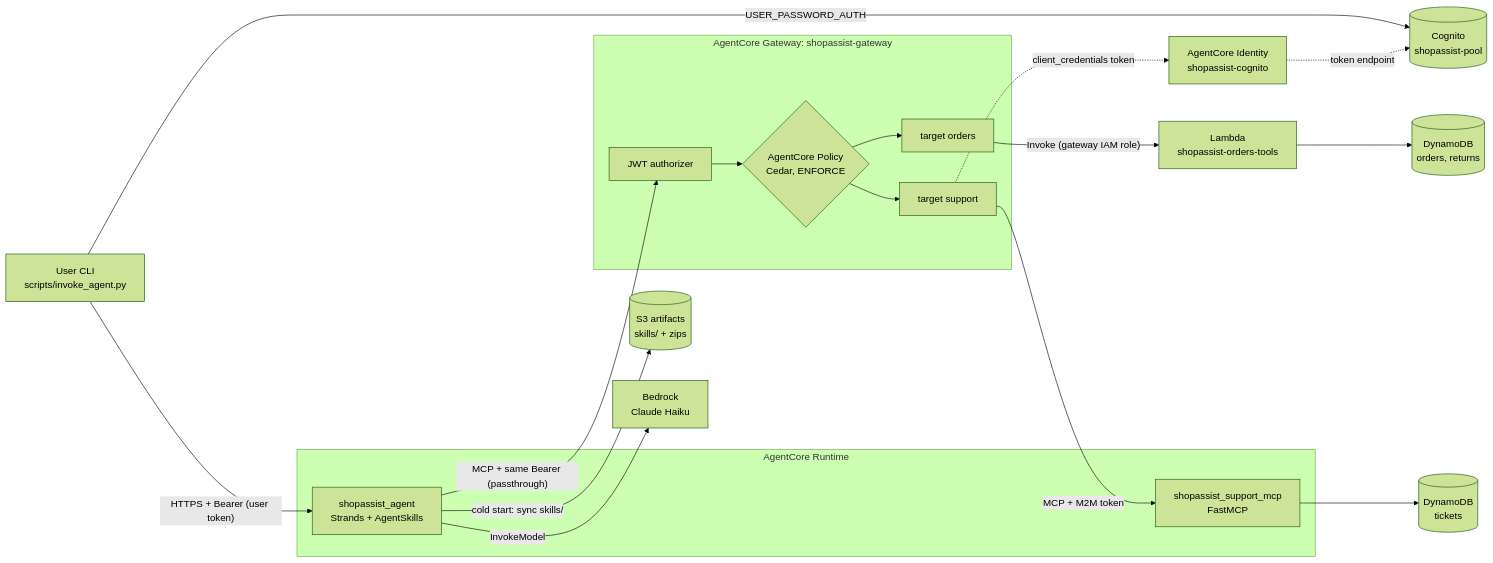
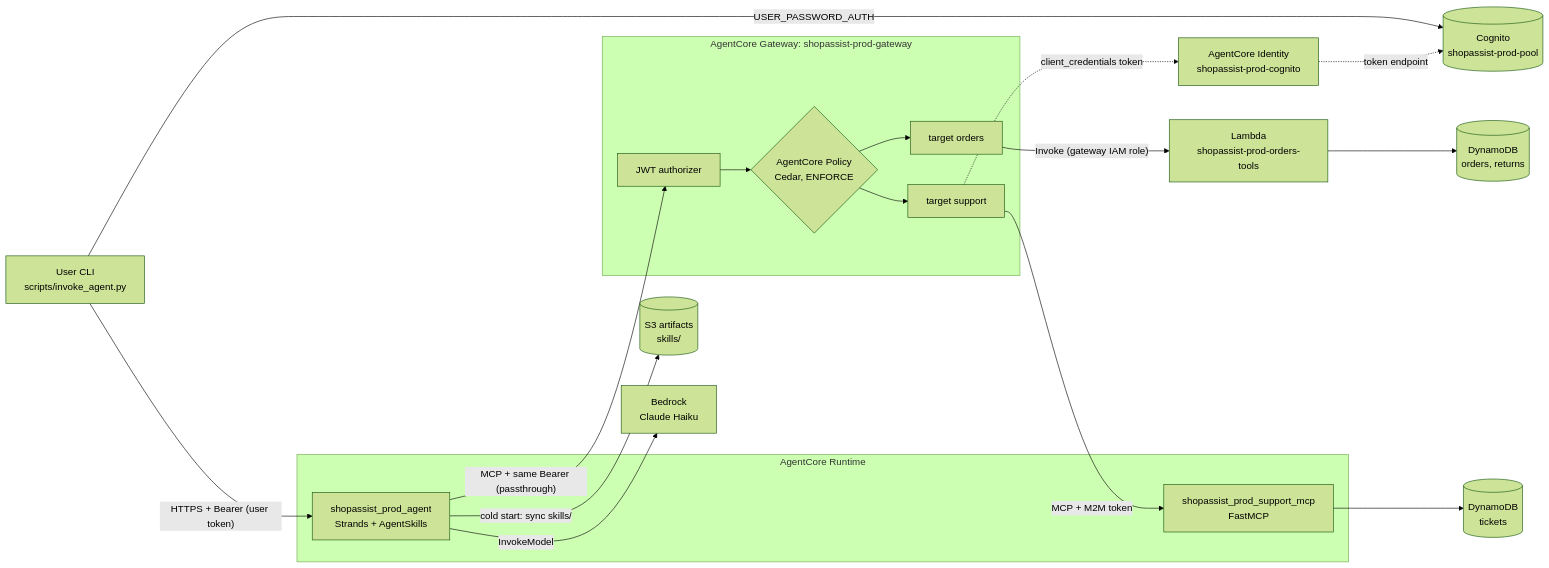
Before and after one commit to kalyanfromusa/strands-agent-mcp-skills-poc: the first of 5 diagrams in docs/03-architecture.md, drawn with Mermaid (forest theme). The commit also changed other lines of this file and 101 other files, not shown here.

````diff
--- a/docs/03-architecture.md
+++ b/docs/03-architecture.md
@@ -23,27 +24,27 @@
 ```mermaid
 flowchart LR
-    U["User CLI<br/>scripts/invoke_agent.py"] -- "USER_PASSWORD_AUTH" --> COG[("Cognito<br/>shopassist-pool")]
+    U["User CLI<br/>scripts/invoke_agent.py"] -- "USER_PASSWORD_AUTH" --> COG[("Cognito<br/>shopassist-prod-pool")]
     U -- "HTTPS + Bearer (user token)" --> AR
 
     subgraph RT["AgentCore Runtime"]
-        AR["shopassist_agent<br/>Strands + AgentSkills"]
-        MR["shopassist_support_mcp<br/>FastMCP"]
+        AR["shopassist_prod_agent<br/>Strands + AgentSkills"]
+        MR["shopassist_prod_support_mcp<br/>FastMCP"]
     end
 
-    AR -- "cold start: sync skills/" --> S3[("S3 artifacts<br/>skills/ + zips")]
+    AR -- "cold start: sync skills/" --> S3[("S3 artifacts<br/>skills/")]
     AR -- "InvokeModel" --> BR["Bedrock<br/>Claude Haiku"]
     AR -- "MCP + same Bearer (passthrough)" --> GW
 
-    subgraph GWB["AgentCore Gateway: shopassist-gateway"]
+    subgraph GWB["AgentCore Gateway: shopassist-prod-gateway"]
         GW["JWT authorizer"] --> POL{"AgentCore Policy<br/>Cedar, ENFORCE"}
         POL --> T1["target orders"]
         POL --> T2["target support"]
     end
 
-    T1 -- "Invoke (gateway IAM role)" --> L["Lambda<br/>shopassist-orders-tools"]
+    T1 -- "Invoke (gateway IAM role)" --> L["Lambda<br/>shopassist-prod-orders-tools"]
     T2 -- "MCP + M2M token" --> MR
-    T2 -.->|"client_credentials token"| ID["AgentCore Identity<br/>shopassist-cognito"]
+    T2 -.->|"client_credentials token"| ID["AgentCore Identity<br/>shopassist-prod-cognito"]
     ID -.->|"token endpoint"| COG
     L --> D1[("DynamoDB<br/>orders, returns")]
     MR --> D2[("DynamoDB<br/>tickets")]
 ```
````
